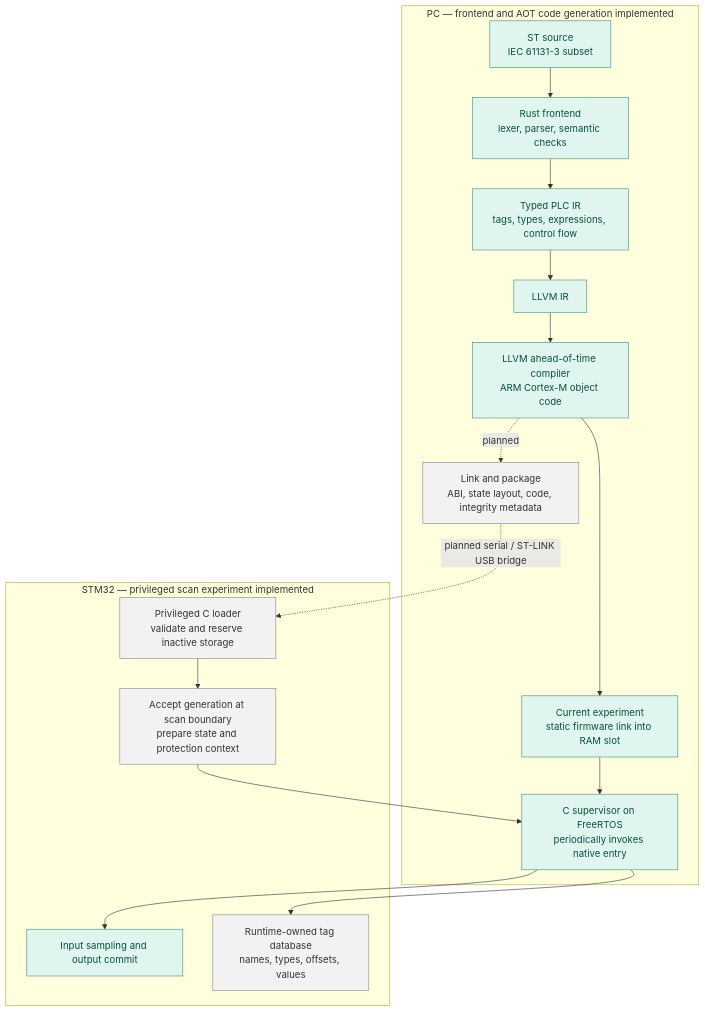
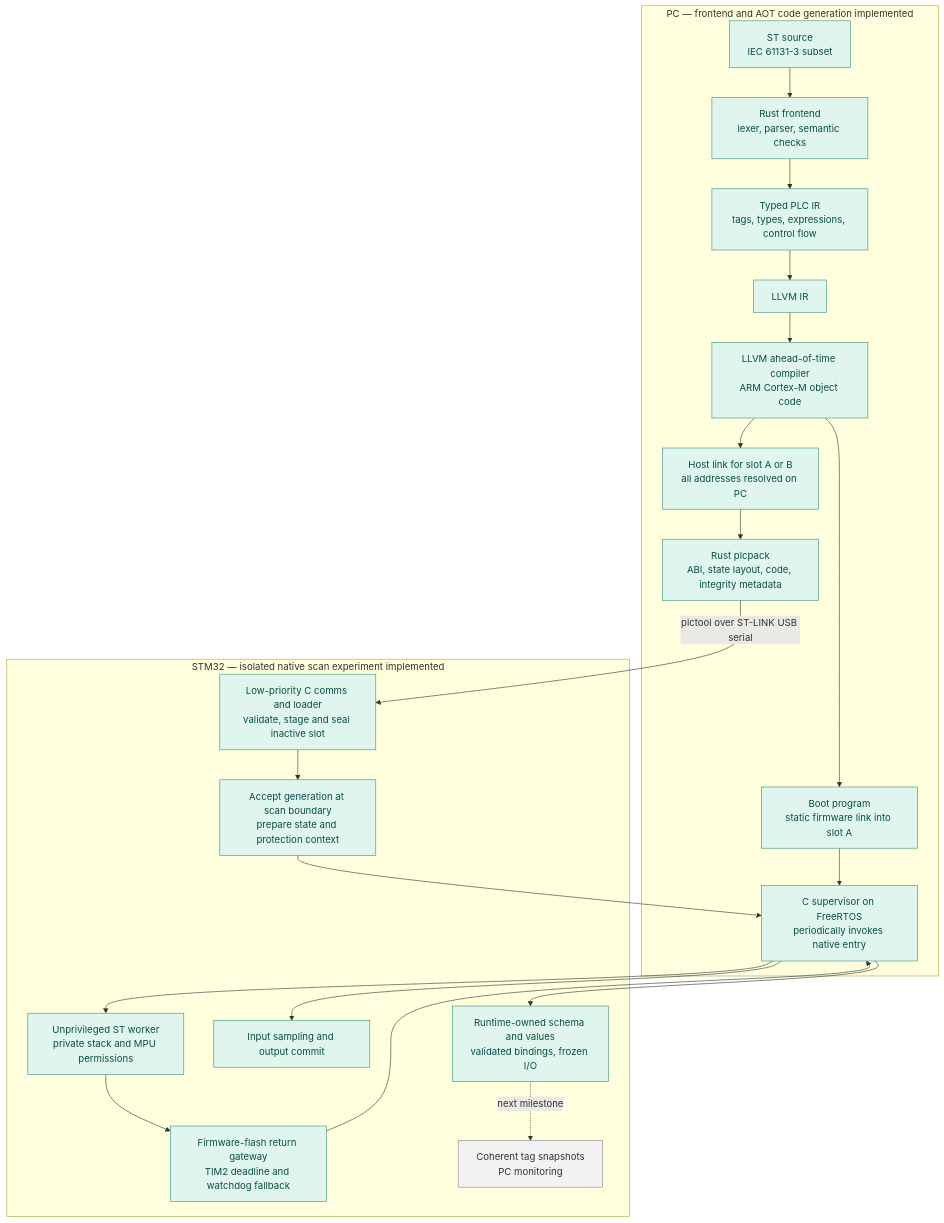
One commit to sergiogallegos/tinyplc changed the first of 3 diagrams in README.md. Above: the diagram before and after it, drawn with Mermaid. The commit also changed other lines of this file and 89 other files, not shown here.

````diff
--- a/README.md
+++ b/README.md
@@ -55,24 +66,29 @@
 ```mermaid
 flowchart TB
   subgraph PC["PC — frontend and AOT code generation implemented"]
     ST["ST source<br/>IEC 61131-3 subset"] --> Front["Rust frontend<br/>lexer, parser, semantic checks"]
     Front --> IR["Typed PLC IR<br/>tags, types, expressions, control flow"]
     IR --> LLVM["LLVM IR"]
     LLVM --> Object["LLVM ahead-of-time compiler<br/>ARM Cortex-M object code"]
-    Object --> Experiment["Current experiment<br/>static firmware link into RAM slot"]
+    Object --> Experiment["Boot program<br/>static firmware link into slot A"]
     Experiment --> Runtime
-    Object -. "planned" .-> Package["Link and package<br/>ABI, state layout, code, integrity metadata"]
+    Object --> Link["Host link for slot A or B<br/>all addresses resolved on PC"]
+    Link --> Package["Rust plcpack<br/>ABI, state layout, code, integrity metadata"]
   end
-  Package -. "planned serial / ST-LINK USB bridge" .-> Loader
-  subgraph Board["STM32 — privileged scan experiment implemented"]
-    Loader["Privileged C loader<br/>validate and reserve inactive storage"]
+  Package -->|"plctool over ST-LINK USB serial"| Loader
+  subgraph Board["STM32 — isolated native scan experiment implemented"]
+    Loader["Low-priority C comms and loader<br/>validate, stage and seal inactive slot"]
     Loader --> Activate["Accept generation at scan boundary<br/>prepare state and protection context"]
     Activate --> Runtime["C supervisor on FreeRTOS<br/>periodically invokes native entry"]
+    Runtime --> Worker["Unprivileged ST worker<br/>private stack and MPU permissions"]
+    Worker --> Gate["Firmware-flash return gateway<br/>TIM2 deadline and watchdog fallback"]
+    Gate --> Runtime
     Runtime --> IO["Input sampling and output commit"]
-    Runtime --> Tags["Runtime-owned tag database<br/>names, types, offsets, values"]
+    Runtime --> Tags["Runtime-owned schema and values<br/>validated bindings, frozen I/O"]
+    Tags -. "next milestone" .-> Monitor["Coherent tag snapshots<br/>PC monitoring"]
   end
   classDef implemented fill:#e1f5ef,stroke:#39927d,color:#064f43;
   classDef planned fill:#f2f2f2,stroke:#888,color:#333;
-  class ST,Front,IR,LLVM,Object,Experiment,Runtime,IO implemented;
-  class Package,Loader,Activate,Tags planned;
+  class ST,Front,IR,LLVM,Object,Link,Package,Experiment,Runtime,Worker,Gate,IO,Loader,Activate,Tags implemented;
+  class Monitor planned;
 ```
````
